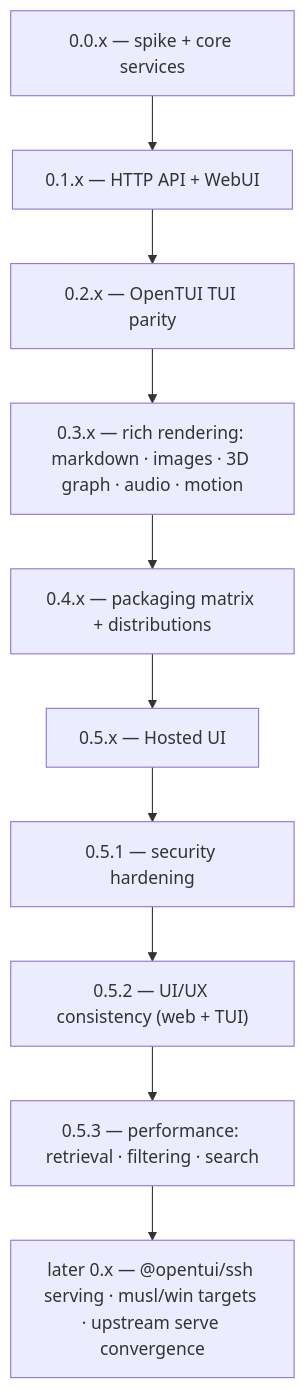
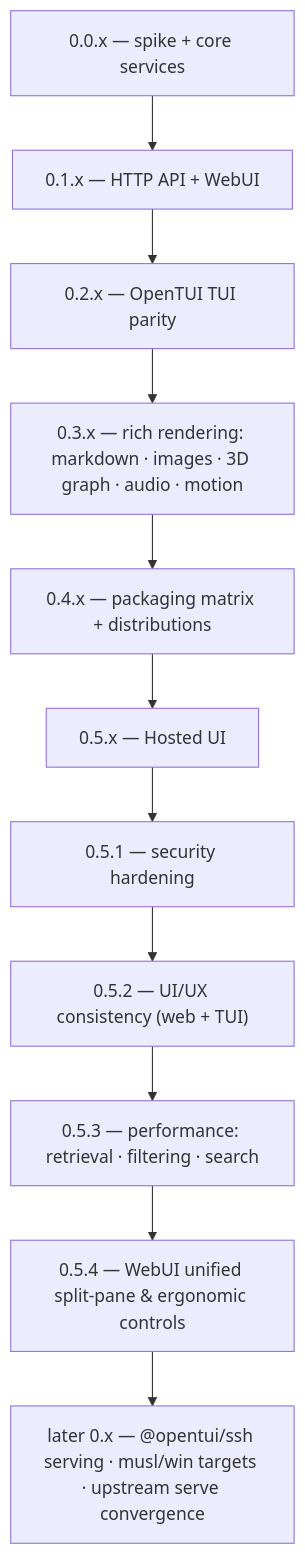
The diagram in ROADMAP.md (s-a-c/skills-ui), drawn with Mermaid before and after one commit. The commit also changed other lines of this file and 7 other files, not shown here.

Commit message:
feat(web): unify split-pane search/install/update, compact 4px controls, adjustable list width (S-234)

````diff
--- a/ROADMAP.md
+++ b/ROADMAP.md
@@ -5,12 +5,13 @@
 ```mermaid
 flowchart TB
   M0["0.0.x — spike + core services"] --> M1["0.1.x — HTTP API + WebUI"]
   M1 --> M2["0.2.x — OpenTUI TUI parity"]
   M2 --> M3["0.3.x — rich rendering: markdown · images · 3D graph · audio · motion"]
   M3 --> M4["0.4.x — packaging matrix + distributions"]
   M4 --> M5["0.5.x — Hosted UI"]
   M5 --> M5A["0.5.1 — security hardening"]
   M5A --> M5B["0.5.2 — UI/UX consistency (web + TUI)"]
   M5B --> M5C["0.5.3 — performance: retrieval · filtering · search"]
-  M5C --> MX["later 0.x — @opentui/ssh serving · musl/win targets · upstream serve convergence"]
+  M5C --> M5D["0.5.4 — WebUI unified split-pane & ergonomic controls"]
+  M5D --> MX["later 0.x — @opentui/ssh serving · musl/win targets · upstream serve convergence"]
 ```
````
